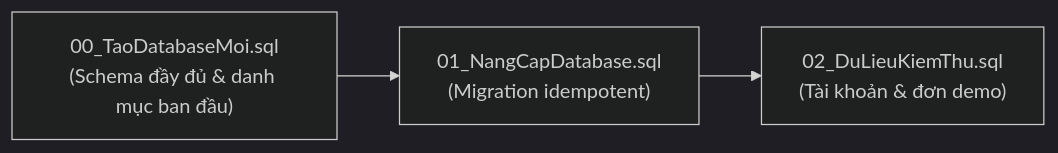
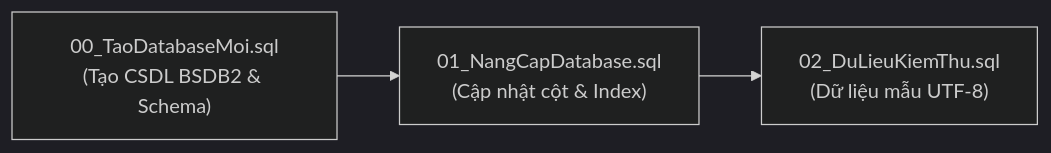
The diagram in HUONG_DAN_MVS.md (m0relli17/WebBanSach_Final), drawn with Mermaid (dark theme) before and after one commit. The commit also changed other lines of this file and 4 other files, not shown here.

Commit message:
MD: Clean UTF-8 Vietnamese documentation, Visual Studio setup guides, architecture specs, and presentation walkthrough scripts

````diff
--- a/HUONG_DAN_MVS.md
+++ b/HUONG_DAN_MVS.md
@@ -28,4 +28,4 @@
 ```mermaid
 flowchart LR
-    A["00_TaoDatabaseMoi.sql<br>(Schema đầy đủ & danh mục ban đầu)"] --> B["01_NangCapDatabase.sql<br>(Migration idempotent)"] --> C["02_DuLieuKiemThu.sql<br>(Tài khoản & đơn demo)"]
+    A["00_TaoDatabaseMoi.sql<br>(Tạo CSDL BSDB2 & Schema)"] --> B["01_NangCapDatabase.sql<br>(Cập nhật cột & Index)"] --> C["02_DuLieuKiemThu.sql<br>(Dữ liệu mẫu UTF-8)"]
 ```
````
